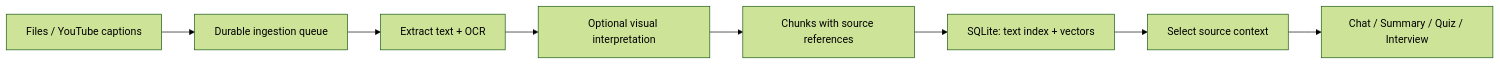
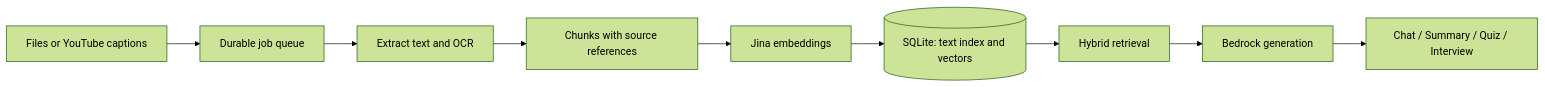
Before and after one commit to ZigzagDeck/LearnflowAI: the diagram in README.md, drawn with Mermaid (forest theme). The commit also changed other lines of this file and 3 other files, not shown here.

````diff
--- a/README.md
+++ b/README.md
@@ -35,10 +95,11 @@
 ```mermaid
 flowchart LR
-    A[Files / YouTube captions] --> B[Durable ingestion queue]
-    B --> C[Extract text + OCR]
-    C --> D[Optional visual interpretation]
-    D --> E[Chunks with source references]
-    E --> F[SQLite: text index + vectors]
-    F --> G[Select source context]
-    G --> H[Chat / Summary / Quiz / Interview]
+    A[Files or YouTube captions] --> B[Durable job queue]
+    B --> C[Extract text and OCR]
+    C --> D[Chunks with source references]
+    D --> E[Jina embeddings]
+    E --> F[(SQLite: text index and vectors)]
+    F --> G[Hybrid retrieval]
+    G --> H[Bedrock generation]
+    H --> I[Chat / Summary / Quiz / Interview]
 ```
````
